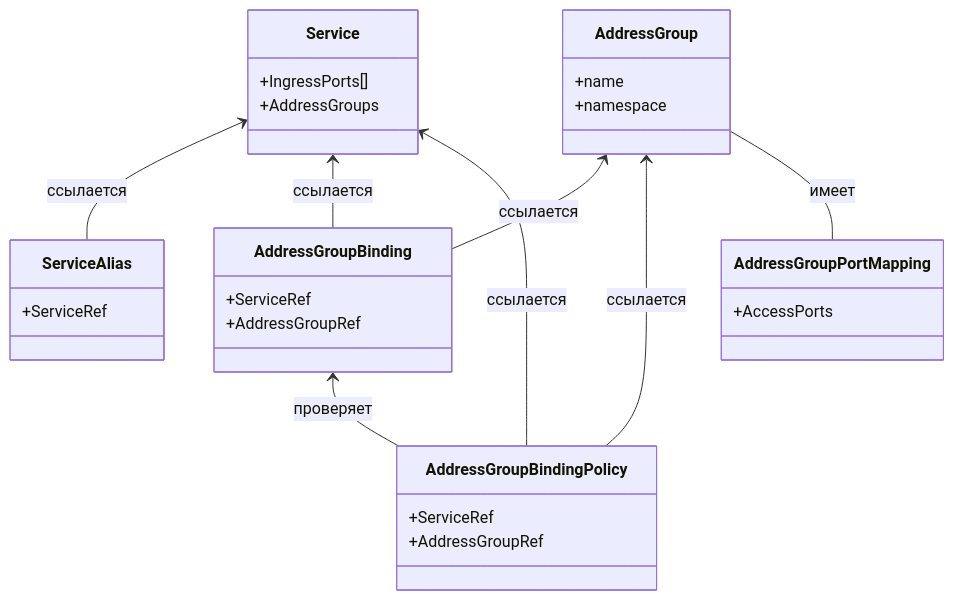
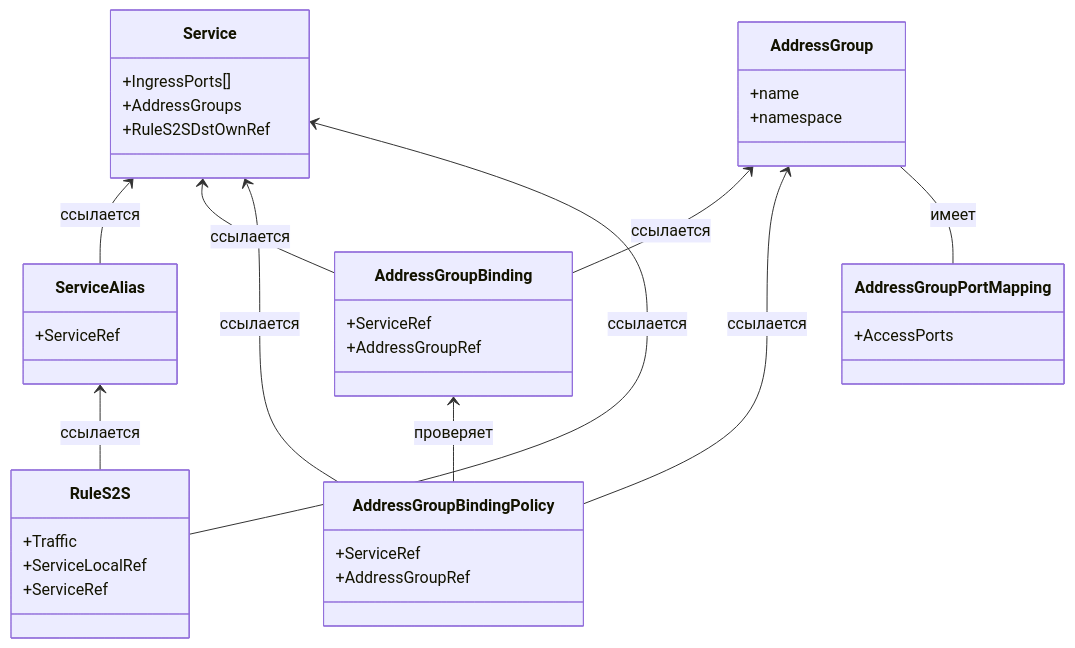
Before and after one commit to PRO-Robotech/netguard-k8s-controller: the diagram in docs/index.md, drawn with Mermaid. The commit also changed other lines of this file and 1 other file, not shown here.

Commit message:
doc: s2srule doc

````diff
--- a/docs/index.md
+++ b/docs/index.md
@@ -41,38 +43,47 @@
 ```mermaid
 classDiagram
     class Service {
         +IngressPorts[]
         +AddressGroups
+        +RuleS2SDstOwnRef
     }
 
     class ServiceAlias {
         +ServiceRef
     }
 
     class AddressGroup {
         +name
         +namespace
     }
 
     class AddressGroupPortMapping {
         +AccessPorts
     }
 
     class AddressGroupBinding {
         +ServiceRef
         +AddressGroupRef
     }
 
     class AddressGroupBindingPolicy {
         +ServiceRef
         +AddressGroupRef
     }
 
+    class RuleS2S {
+        +Traffic
+        +ServiceLocalRef
+        +ServiceRef
+    }
+
     Service <-- ServiceAlias : ссылается
     Service <-- AddressGroupBinding : ссылается
     AddressGroup <-- AddressGroupBinding : ссылается
     AddressGroup <-- AddressGroupBindingPolicy : ссылается
     Service <-- AddressGroupBindingPolicy : ссылается
     AddressGroupBinding <-- AddressGroupBindingPolicy : проверяет
     AddressGroup -- AddressGroupPortMapping : имеет
+    Service <-- RuleS2S : ссылается
+    ServiceAlias <-- RuleS2S : ссылается
 ```
````
